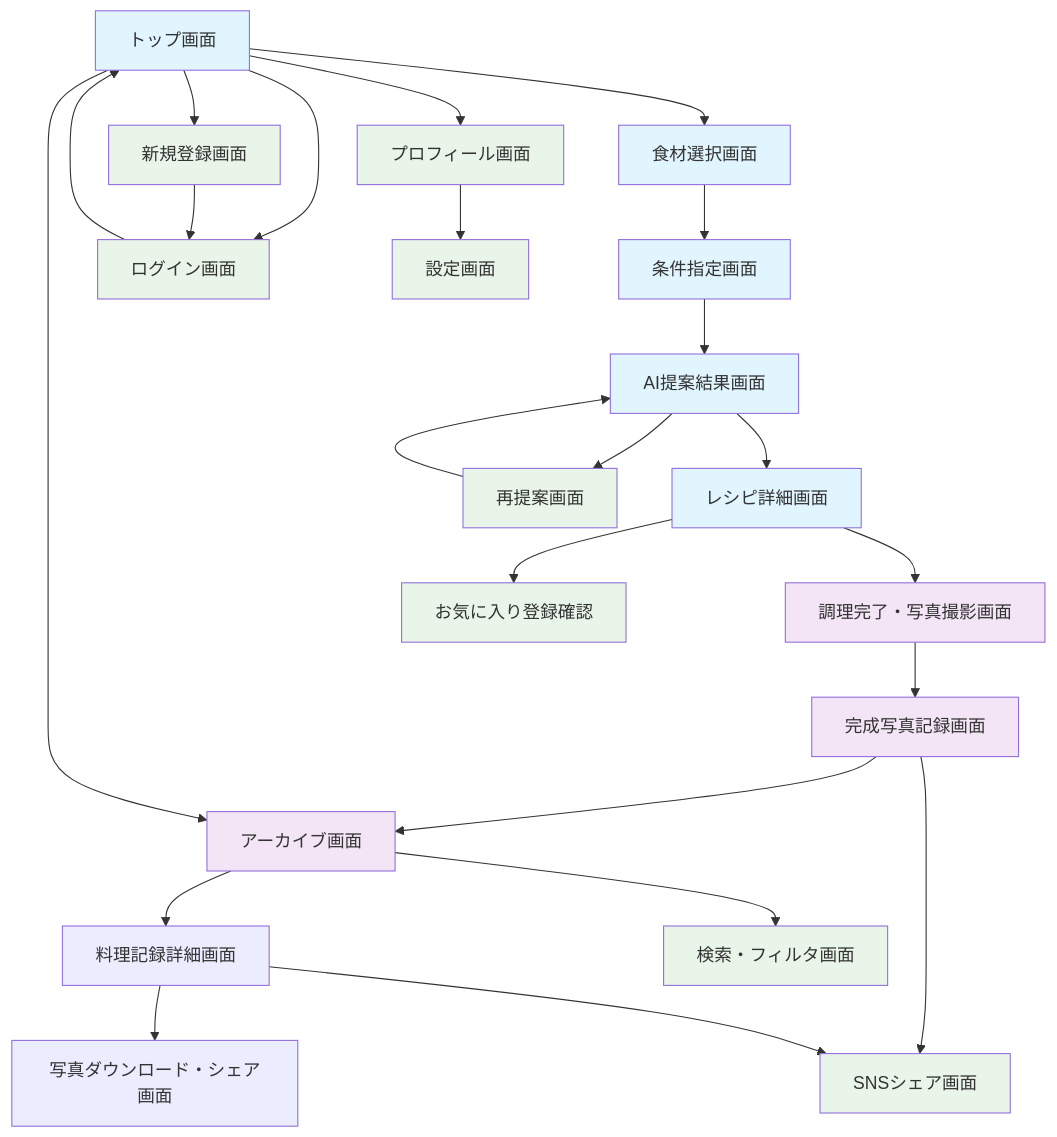
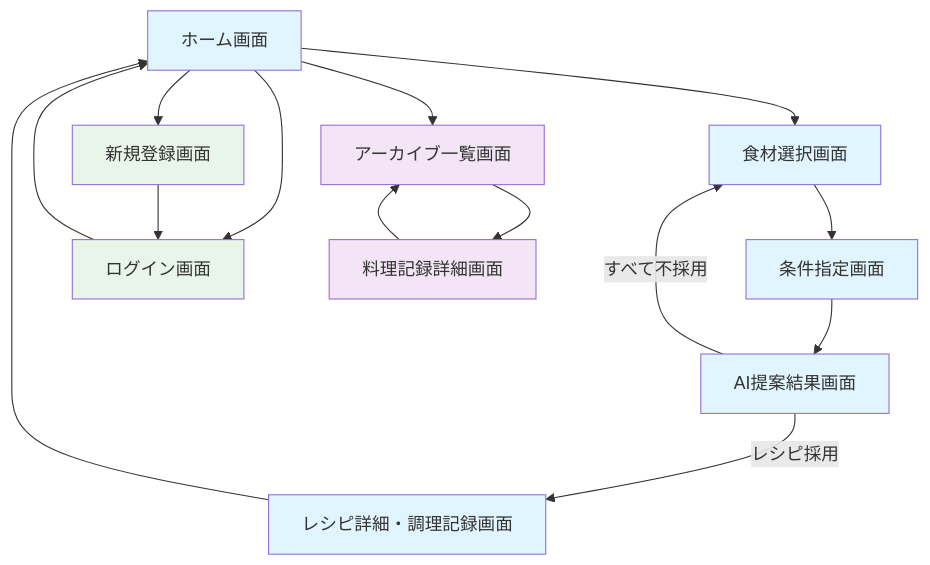
The diagram in assets/mmd/screen-flow.mmd (so-ota-biz/fridge-chef), drawn with Mermaid before and after one commit. The commit also changed 3 other files, not shown here.

Commit message:
アーキテクチャ図・画面遷移図を整理

```diff
--- a/assets/mmd/screen-flow.mmd
+++ b/assets/mmd/screen-flow.mmd
@@ -1,37 +1,30 @@
 flowchart TD
-    A[トップ画面] --> B[食材選択画面]
+    A[ホーム画面] --> B[食材選択画面]
     B --> C[条件指定画面]
     C --> D[AI提案結果画面]
-    D --> E[レシピ詳細画面]
-    E --> F[調理完了・写真撮影画面]
-    F --> G[完成写真記録画面]
-    G --> H[アーカイブ画面]
     
-    A --> I[ログイン画面]
-    I --> A
-    A --> J[新規登録画面]
-    J --> I
+    %% メインフロー（レシピ採用）
+    D -->|レシピ採用| E[レシピ詳細・調理記録画面]
+    E --> A
     
-    A --> H
-    H --> K[料理記録詳細画面]
-    K --> L[写真ダウンロード・シェア画面]
+    %% レシピ不採用時
+    D -->|すべて不採用| B
     
-    A --> M[プロフィール画面]
-    M --> N[設定画面]
+    %% 認証フロー
+    A --> F[ログイン画面]
+    F --> A
+    A --> G[新規登録画面]
+    G --> F
     
-    D --> O[再提案画面]
-    O --> D
-    
-    G --> P[SNSシェア画面]
-    K --> P
-    
-    E --> Q[お気に入り登録確認]
-    H --> R[検索・フィルタ画面]
+    %% アーカイブ確認
+    A --> H[アーカイブ一覧画面]
+    H --> I[料理記録詳細画面]
+    I --> H
     
     classDef primary fill:#e1f5fe
     classDef secondary fill:#f3e5f5
     classDef action fill:#e8f5e8
     
     class A,B,C,D,E primary
-    class F,G,H secondary
-    class I,J,M,N,O,P,Q,R action
+    class H,I secondary
+    class F,G action
```
